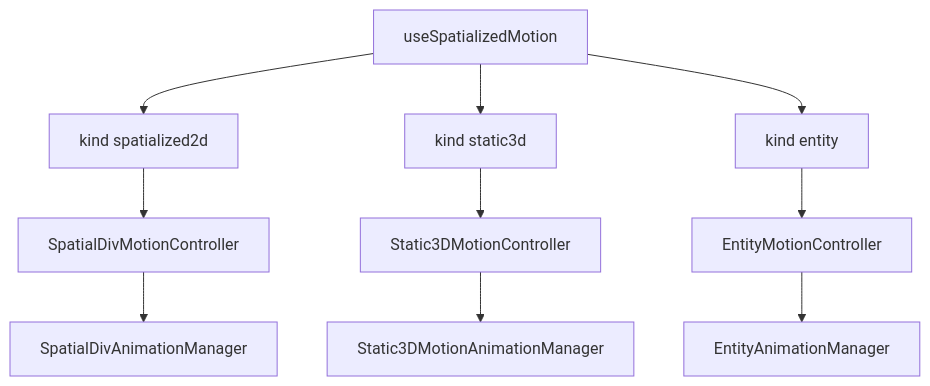
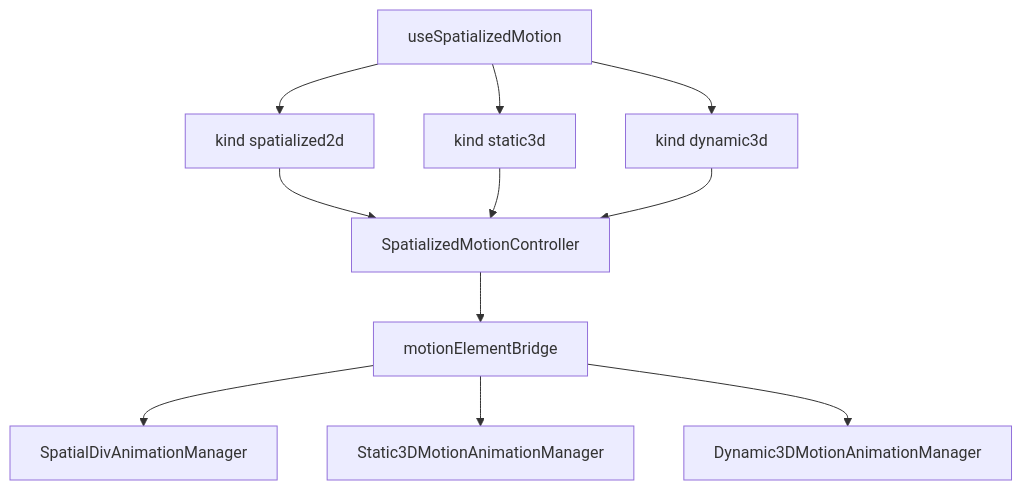
One commit to webspatial/webspatial-sdk changed the diagram in openspec/changes/spatialized-element-motion-api/design.md. Above: the diagram before and after it, drawn with Mermaid. The commit also changed other lines of this file and 27 other files, not shown here.

First line of the commit message:
Unify spatialized motion controllers and sync umbrella OpenSpec.

````diff
--- a/openspec/changes/spatialized-element-motion-api/design.md
+++ b/openspec/changes/spatialized-element-motion-api/design.md
@@ -16,13 +16,14 @@
 ```mermaid
 flowchart TB
   Hook[useSpatializedMotion]
   Hook --> K2D[kind spatialized2d]
   Hook --> K3D[kind static3d]
-  Hook --> KEnt[kind entity]
-  K2D --> C2D[SpatialDivMotionController]
-  K3D --> C3D[Static3DMotionController]
-  KEnt --> CEnt[EntityMotionController]
-  C2D --> N2D[SpatialDivAnimationManager]
-  C3D --> N3D[Static3DMotionAnimationManager]
-  CEnt --> NEnt[EntityAnimationManager]
+  Hook --> KD3[kind dynamic3d]
+  K2D --> Core[SpatializedMotionController]
+  K3D --> Core
+  KD3 --> Core
+  Core --> Bridge[motionElementBridge]
+  Bridge --> N2D[SpatialDivAnimationManager]
+  Bridge --> N3D[Static3DMotionAnimationManager]
+  Bridge --> ND3[Dynamic3DMotionAnimationManager]
 ```
````
